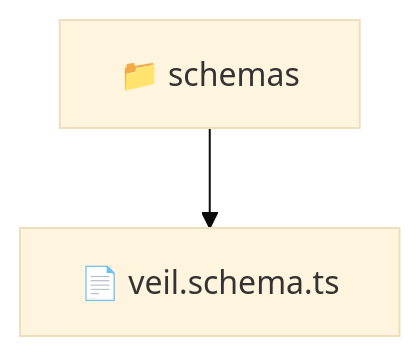
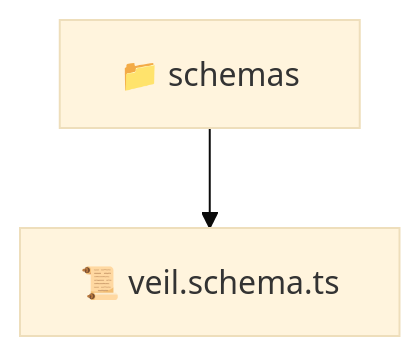
The diagram in backend/src/modules/veil/infrastructure/schemas/README.md (beginwebdev2002/fullstack-mavluda), drawn with Mermaid (base theme) before and after one commit. The commit also changed other lines of this file and 163 other files, not shown here.

````diff
--- a/backend/src/modules/veil/infrastructure/schemas/README.md
+++ b/backend/src/modules/veil/infrastructure/schemas/README.md
@@ -9,5 +9,5 @@
 ```mermaid
 graph TD
-  Root["📁 schemas"]
-  Root --> veil_schema_ts["📄 veil.schema.ts"]
+  schemas["📁 schemas"]
+  schemas --> veil_schema_ts["📜 veil.schema.ts"]
 ```
````
